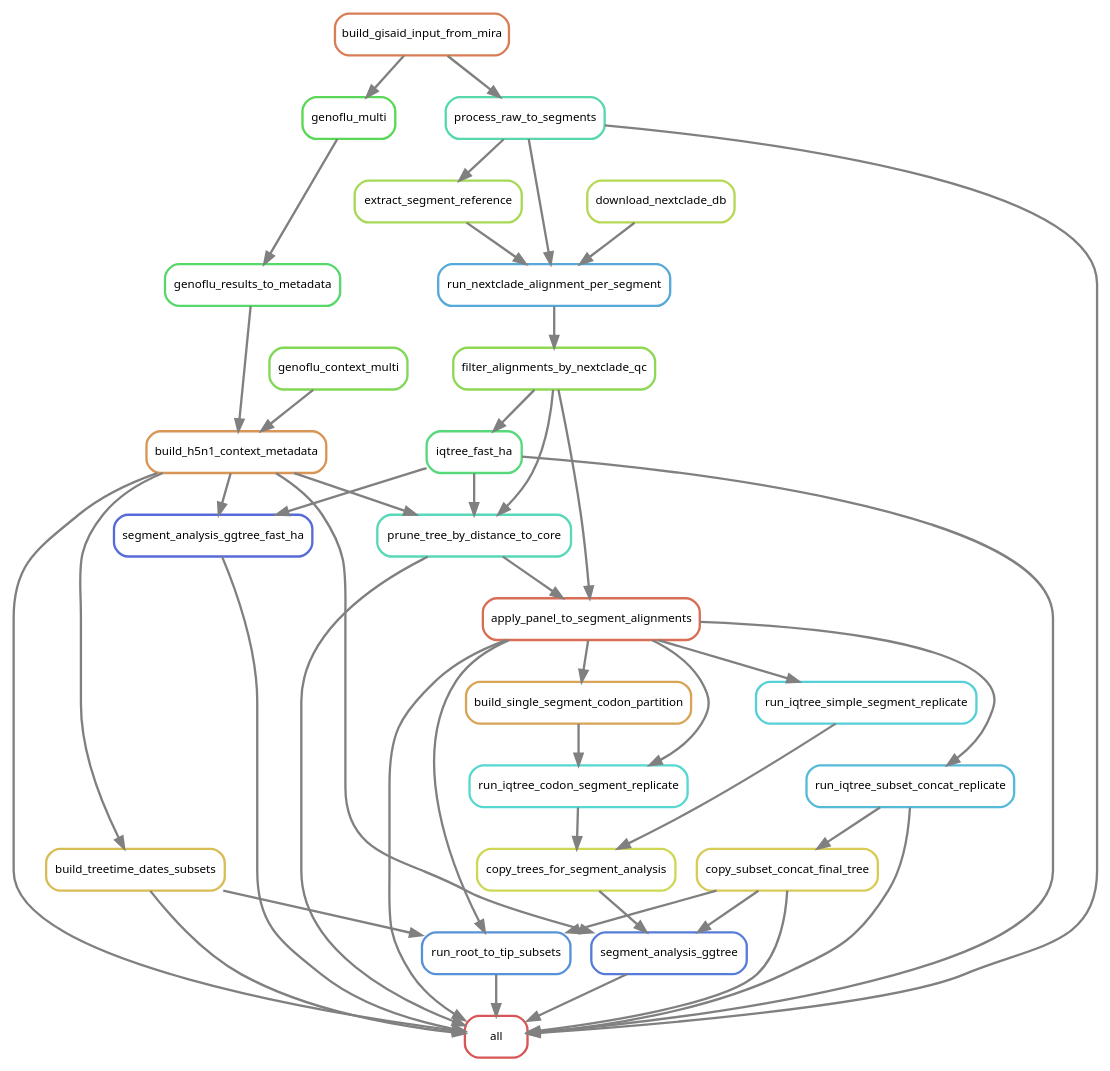
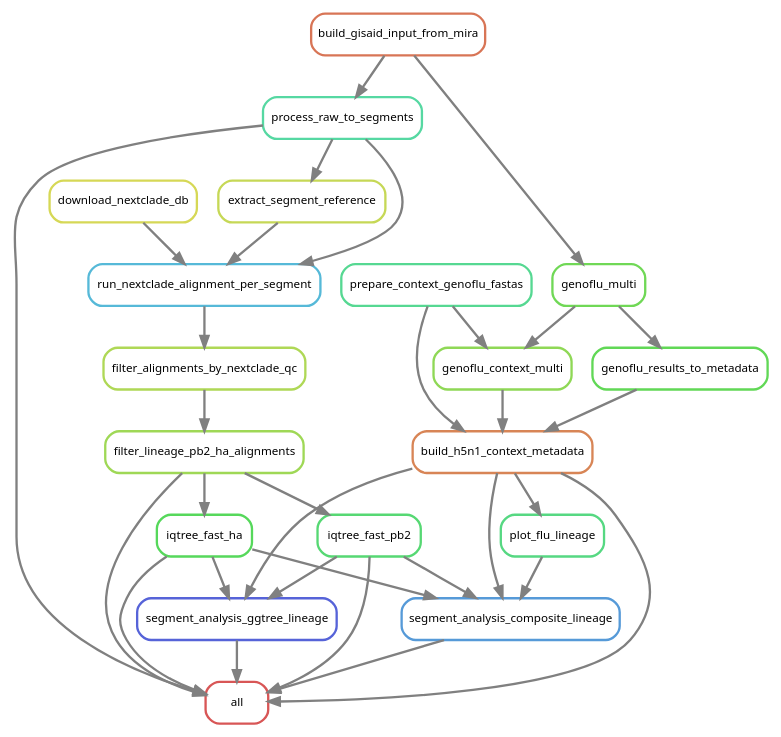
Before and after one commit to Sebysemily/Flu: the diagram in analysis/pipeline_rulegraph.dot, drawn with Graphviz. The commit also changed 49 other files, not shown here.

Commit message:
primera version con lineage composite completo

```diff
--- a/analysis/pipeline_rulegraph.dot
+++ b/analysis/pipeline_rulegraph.dot
@@ -1,73 +1,54 @@
 digraph snakemake_dag {
     graph[bgcolor=white, margin=0];
     node[shape=box, style=rounded, fontname=sans,                 fontsize=10, penwidth=2];
     edge[penwidth=2, color=grey];
 	0[label = "all", color = "0.00 0.6 0.85", style="rounded"];
-	1[label = "process_raw_to_segments", color = "0.44 0.6 0.85", style="rounded"];
-	2[label = "build_gisaid_input_from_mira", color = "0.05 0.6 0.85", style="rounded"];
-	3[label = "iqtree_fast_ha", color = "0.38 0.6 0.85", style="rounded"];
-	4[label = "filter_alignments_by_nextclade_qc", color = "0.26 0.6 0.85", style="rounded"];
-	5[label = "run_nextclade_alignment_per_segment", color = "0.56 0.6 0.85", style="rounded"];
-	6[label = "download_nextclade_db", color = "0.21 0.6 0.85", style="rounded"];
-	7[label = "extract_segment_reference", color = "0.23 0.6 0.85", style="rounded"];
-	8[label = "segment_analysis_ggtree_fast_ha", color = "0.64 0.6 0.85", style="rounded"];
-	9[label = "build_h5n1_context_metadata", color = "0.08 0.6 0.85", style="rounded"];
-	10[label = "genoflu_context_multi", color = "0.28 0.6 0.85", style="rounded"];
-	11[label = "genoflu_results_to_metadata", color = "0.36 0.6 0.85", style="rounded"];
-	12[label = "genoflu_multi", color = "0.33 0.6 0.85", style="rounded"];
-	13[label = "prune_tree_by_distance_to_core", color = "0.46 0.6 0.85", style="rounded"];
-	14[label = "build_treetime_dates_subsets", color = "0.13 0.6 0.85", style="rounded"];
-	15[label = "apply_panel_to_segment_alignments", color = "0.03 0.6 0.85", style="rounded"];
-	16[label = "run_root_to_tip_subsets", color = "0.59 0.6 0.85", style="rounded"];
-	17[label = "copy_subset_concat_final_tree", color = "0.15 0.6 0.85", style="rounded"];
-	18[label = "run_iqtree_subset_concat_replicate", color = "0.54 0.6 0.85", style="rounded"];
-	19[label = "segment_analysis_ggtree", color = "0.62 0.6 0.85", style="rounded"];
-	20[label = "copy_trees_for_segment_analysis", color = "0.18 0.6 0.85", style="rounded"];
-	21[label = "run_iqtree_codon_segment_replicate", color = "0.49 0.6 0.85", style="rounded"];
-	22[label = "build_single_segment_codon_partition", color = "0.10 0.6 0.85", style="rounded"];
-	23[label = "run_iqtree_simple_segment_replicate", color = "0.51 0.6 0.85", style="rounded"];
-	13 -> 0
-	17 -> 0
+	1[label = "process_raw_to_segments", color = "0.43 0.6 0.85", style="rounded"];
+	2[label = "build_gisaid_input_from_mira", color = "0.04 0.6 0.85", style="rounded"];
+	3[label = "filter_lineage_pb2_ha_alignments", color = "0.24 0.6 0.85", style="rounded"];
+	4[label = "filter_alignments_by_nextclade_qc", color = "0.22 0.6 0.85", style="rounded"];
+	5[label = "run_nextclade_alignment_per_segment", color = "0.54 0.6 0.85", style="rounded"];
+	6[label = "download_nextclade_db", color = "0.17 0.6 0.85", style="rounded"];
+	7[label = "extract_segment_reference", color = "0.19 0.6 0.85", style="rounded"];
+	8[label = "iqtree_fast_ha", color = "0.34 0.6 0.85", style="rounded"];
+	9[label = "iqtree_fast_pb2", color = "0.37 0.6 0.85", style="rounded"];
+	10[label = "segment_analysis_ggtree_lineage", color = "0.65 0.6 0.85", style="rounded"];
+	11[label = "build_h5n1_context_metadata", color = "0.06 0.6 0.85", style="rounded"];
+	12[label = "genoflu_context_multi", color = "0.26 0.6 0.85", style="rounded"];
+	13[label = "prepare_context_genoflu_fastas", color = "0.41 0.6 0.85", style="rounded"];
+	14[label = "genoflu_multi", color = "0.30 0.6 0.85", style="rounded"];
+	15[label = "genoflu_results_to_metadata", color = "0.32 0.6 0.85", style="rounded"];
+	16[label = "segment_analysis_composite_lineage", color = "0.58 0.6 0.85", style="rounded"];
+	17[label = "plot_flu_lineage", color = "0.39 0.6 0.85", style="rounded"];
+	1 -> 0
+	11 -> 0
 	16 -> 0
-	15 -> 0
-	19 -> 0
+	9 -> 0
+	10 -> 0
 	3 -> 0
 	8 -> 0
-	18 -> 0
-	1 -> 0
-	9 -> 0
-	14 -> 0
 	2 -> 1
 	4 -> 3
 	5 -> 4
 	1 -> 5
 	7 -> 5
 	6 -> 5
 	1 -> 7
 	3 -> 8
-	9 -> 8
-	11 -> 9
-	10 -> 9
+	3 -> 9
+	11 -> 10
+	8 -> 10
+	9 -> 10
 	12 -> 11
-	2 -> 12
-	3 -> 13
-	4 -> 13
-	9 -> 13
-	9 -> 14
-	13 -> 15
-	4 -> 15
-	15 -> 16
+	15 -> 11
+	13 -> 11
+	14 -> 12
+	13 -> 12
+	2 -> 14
+	14 -> 15
+	11 -> 16
+	8 -> 16
+	9 -> 16
 	17 -> 16
-	14 -> 16
-	18 -> 17
-	15 -> 18
-	17 -> 19
-	20 -> 19
-	9 -> 19
-	23 -> 20
-	21 -> 20
-	15 -> 21
-	22 -> 21
-	15 -> 22
-	15 -> 23
+	11 -> 17
 }            
```
